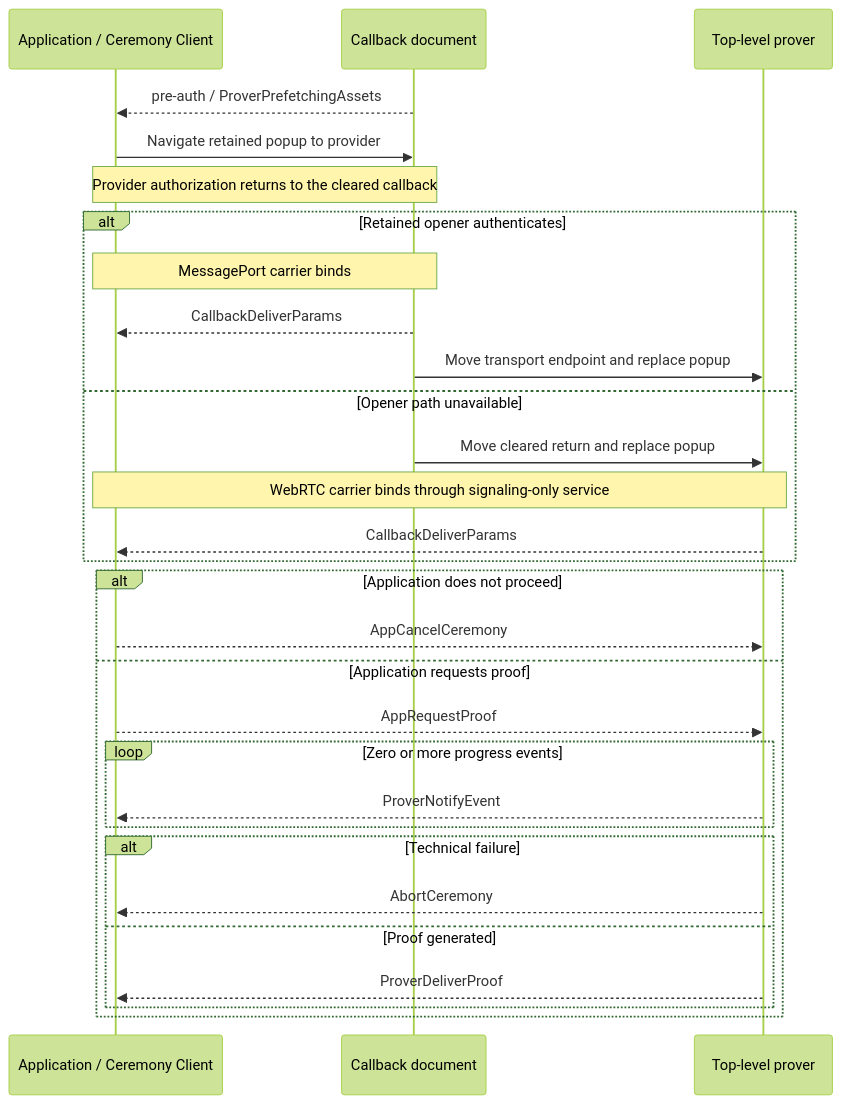
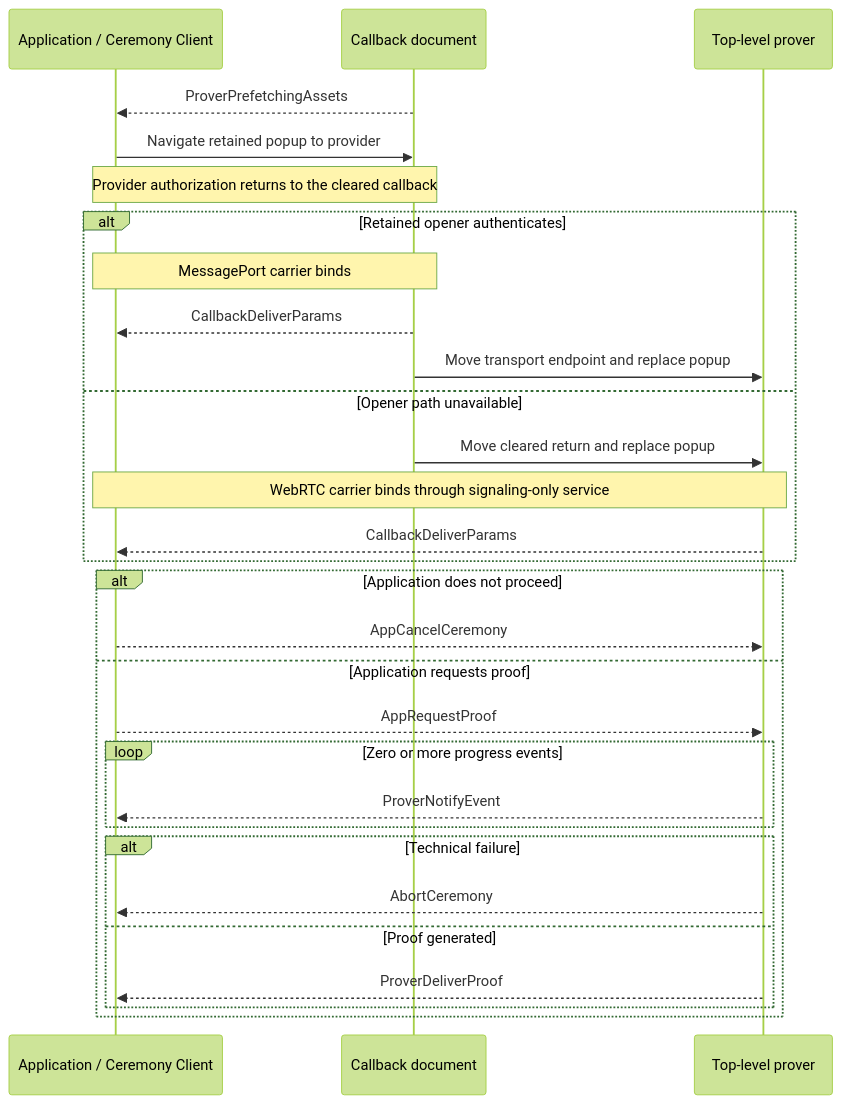
Before and after one commit to libid-org/libid: the diagram in ts/packages/ceremony/CCDP.md, drawn with Mermaid (forest theme). The commit also changed other lines of this file and 6 other files, not shown here.

````diff
--- a/ts/packages/ceremony/CCDP.md
+++ b/ts/packages/ceremony/CCDP.md
@@ -213,32 +215,32 @@
 ```mermaid
 sequenceDiagram
     participant A as Application / Ceremony Client
     participant C as Callback document
     participant P as Top-level prover
 
-    C-->>A: pre-auth / ProverPrefetchingAssets
+    C-->>A: ProverPrefetchingAssets
     A->>C: Navigate retained popup to provider
     Note over A,C: Provider authorization returns to the cleared callback
     alt Retained opener authenticates
         Note over A,C: MessagePort carrier binds
         C-->>A: CallbackDeliverParams
         C->>P: Move transport endpoint and replace popup
     else Opener path unavailable
         C->>P: Move cleared return and replace popup
         Note over A,P: WebRTC carrier binds through signaling-only service
         P-->>A: CallbackDeliverParams
     end
     alt Application does not proceed
         A-->>P: AppCancelCeremony
     else Application requests proof
         A-->>P: AppRequestProof
         loop Zero or more progress events
             P-->>A: ProverNotifyEvent
         end
         alt Technical failure
             P-->>A: AbortCeremony
         else Proof generated
             P-->>A: ProverDeliverProof
         end
     end
 ```
````
